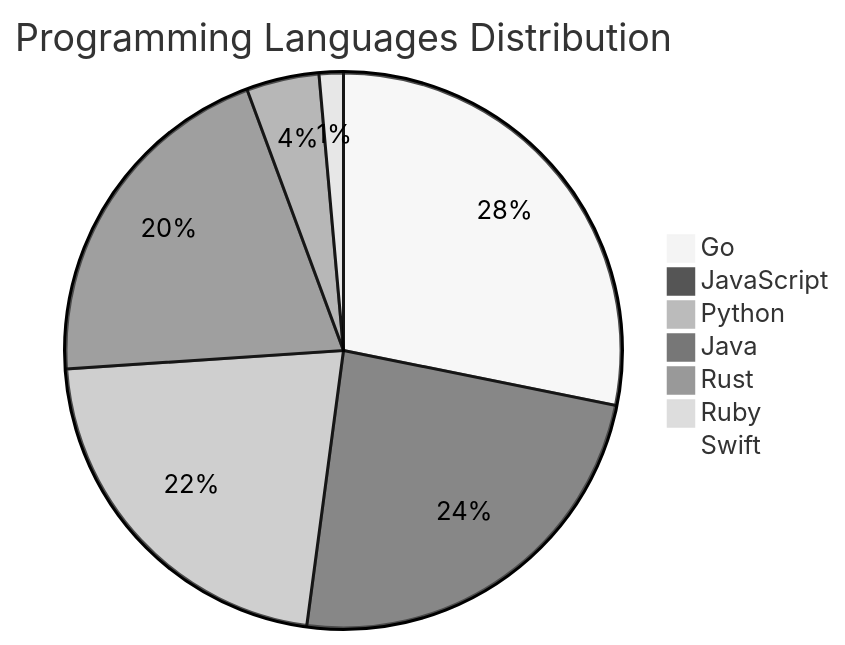
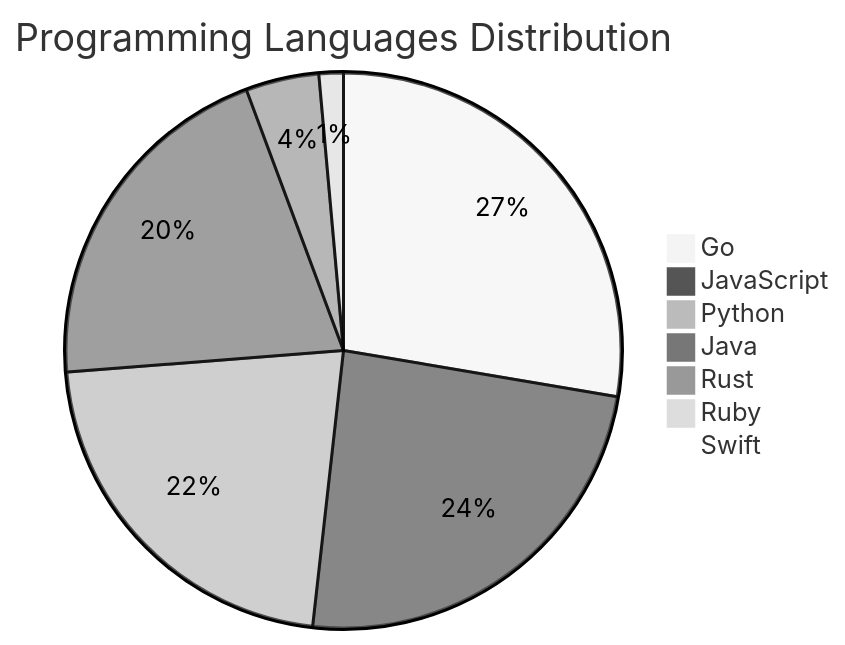
One commit to Derrick-MUGISHA/github-activity-bot changed the diagram in README.md. Above: the diagram before and after it, drawn with Mermaid (neutral theme). The commit also changed other lines of this file and 4 other files, not shown here.

````diff
--- a/README.md
+++ b/README.md
@@ -207,10 +207,10 @@
 ```mermaid
 pie title Programming Languages Distribution
-    "Go" : 40
+    "Go" : 39
     "JavaScript" : 34
     "Python" : 31
     "Java" : 29
     "Rust" : 6
     "Ruby" : 2
     "Swift" : 1
 ```
````
